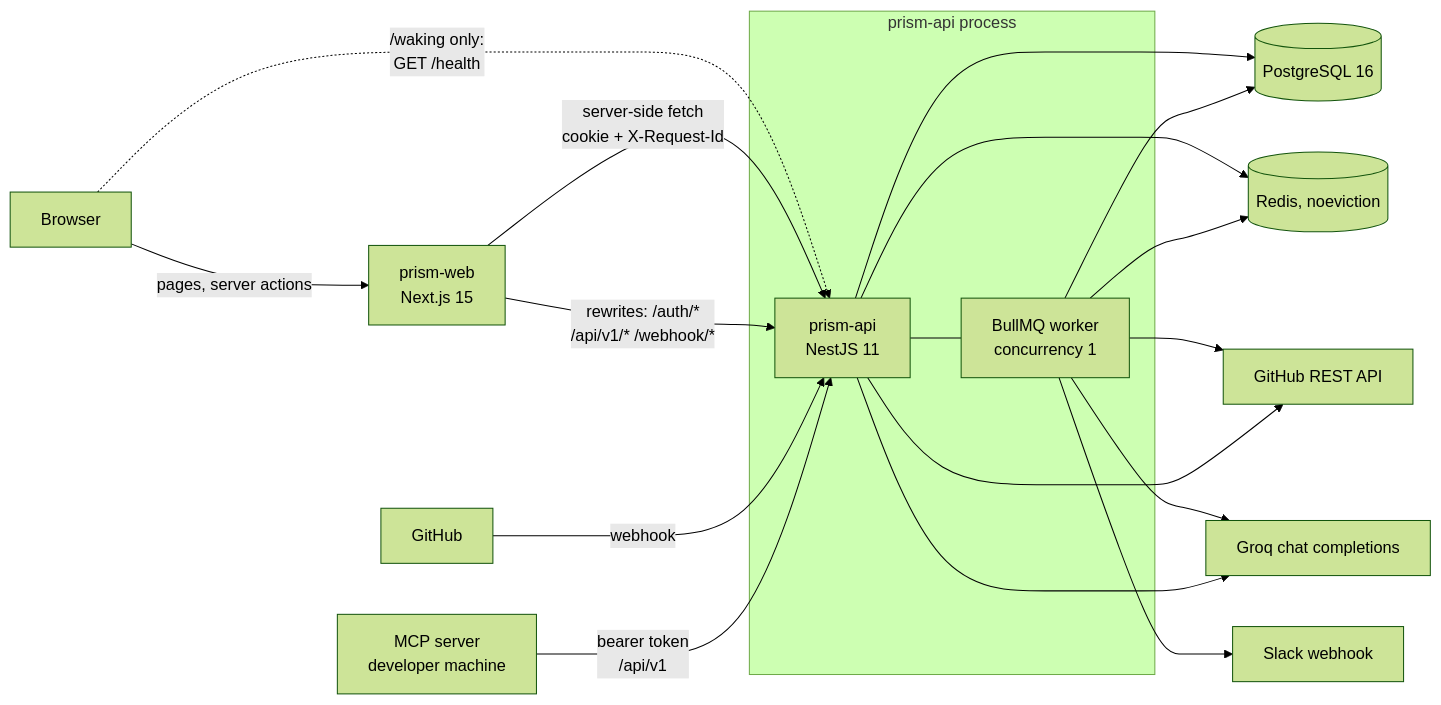
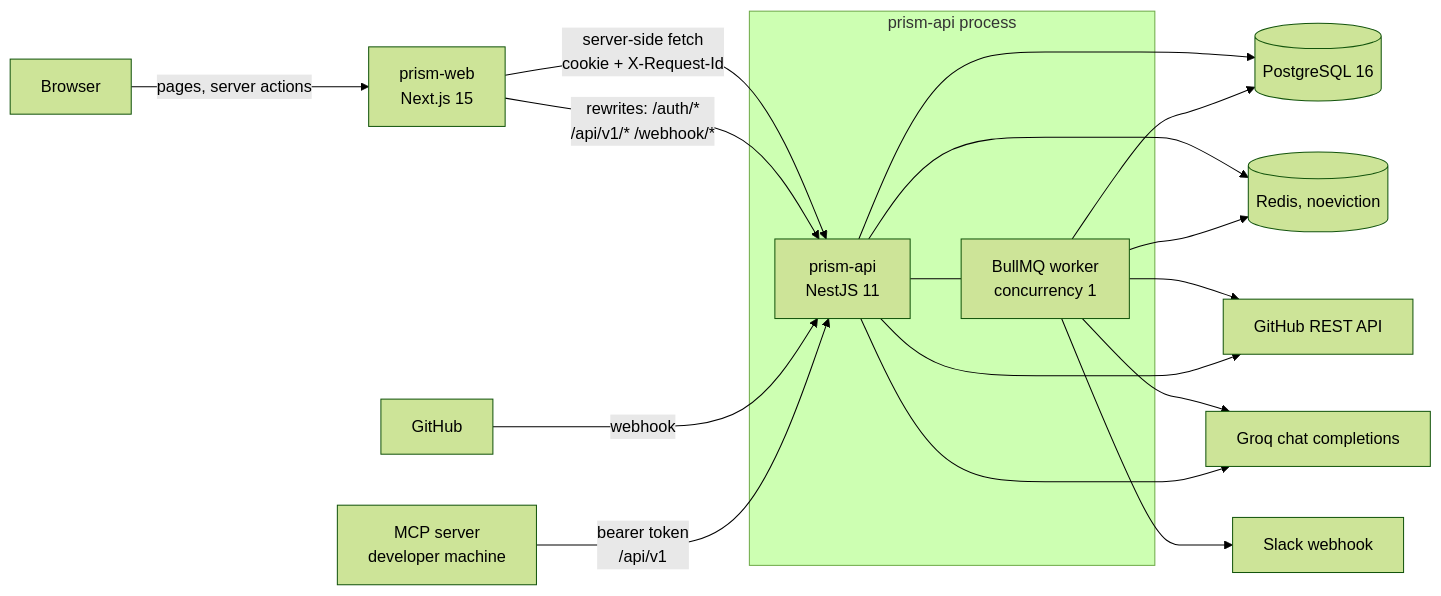
The diagram in docs/architecture.md (Muhammad-AIUB/PRISM), drawn with Mermaid (forest theme) before and after one commit. The commit also changed other lines of this file and 34 other files, not shown here.

First line of the commit message:
Remove the Render deployment config and the sleeping-API wake flow

````diff
--- a/docs/architecture.md
+++ b/docs/architecture.md
@@ -26,21 +26,20 @@
 ```mermaid
 flowchart LR
     B[Browser] -->|pages, server actions| WEB[prism-web<br/>Next.js 15]
-    B -.->|/waking only:<br/>GET /health| API
     WEB -->|server-side fetch<br/>cookie + X-Request-Id| API[prism-api<br/>NestJS 11]
     WEB -->|rewrites: /auth/*<br/>/api/v1/* /webhook/*| API
     GH[GitHub] -->|webhook| API
     MCP[MCP server<br/>developer machine] -->|bearer token<br/>/api/v1| API
     subgraph proc [prism-api process]
         API --- Q[BullMQ worker<br/>concurrency 1]
     end
     API --> PG[(PostgreSQL 16)]
     API --> RD[(Redis, noeviction)]
     Q --> PG
     Q --> RD
     Q --> GHAPI[GitHub REST API]
     API --> GHAPI
     Q --> GROQ[Groq chat completions]
     API --> GROQ
     Q --> SLACK[Slack webhook]
 ```
````
